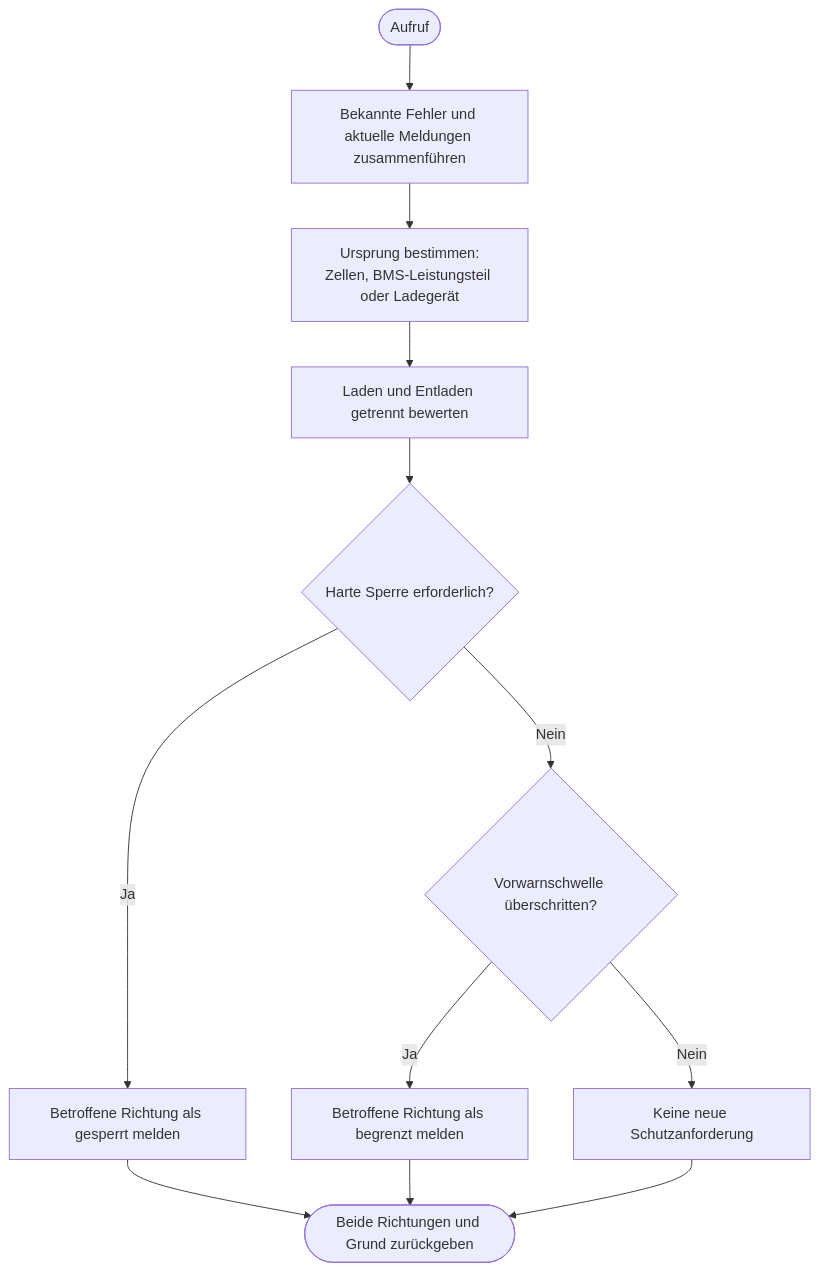
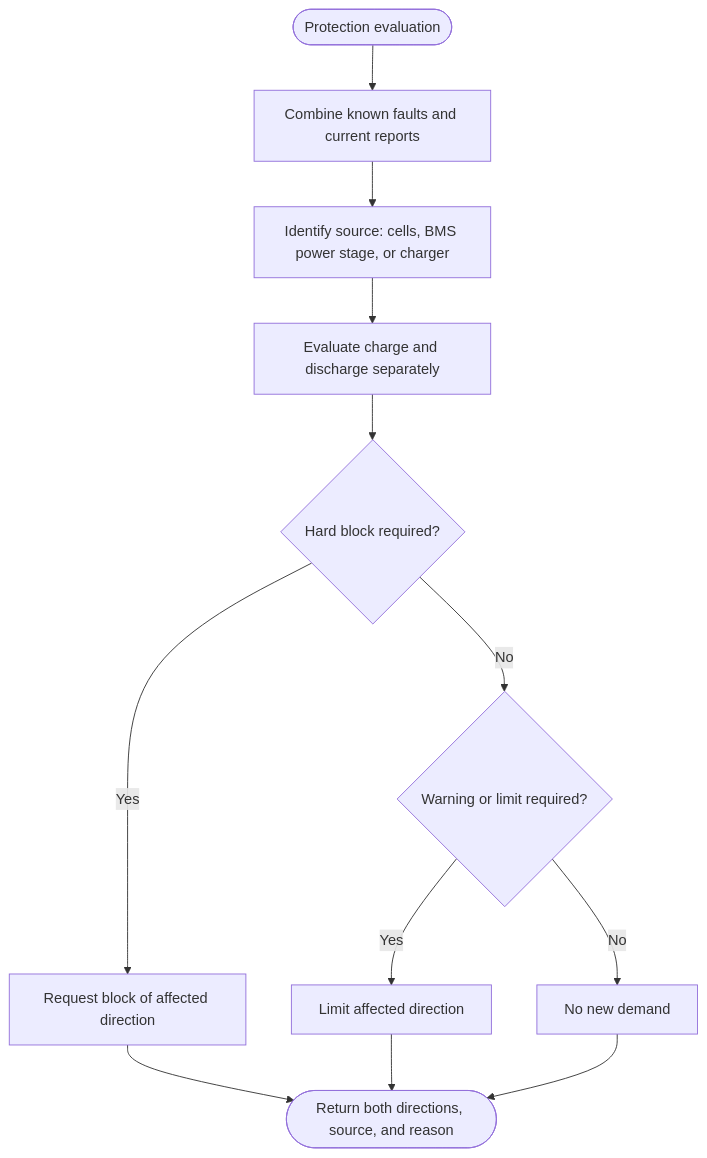
One commit to vitalyruhl/SolarBatteryTelemetry changed the diagram in docs/regelungsplannung/03-schutzpruefung.md. Above: the diagram before and after it, drawn with Mermaid. The commit also changed other lines of this file and 13 other files, not shown here.

````diff
--- a/docs/regelungsplannung/03-schutzpruefung.md
+++ b/docs/regelungsplannung/03-schutzpruefung.md
@@ -16,14 +18,14 @@
 ```mermaid
 flowchart TD
-    A([Aufruf]) --> B[Bekannte Fehler und aktuelle Meldungen zusammenführen]
-    B --> C[Ursprung bestimmen:<br/>Zellen, BMS-Leistungsteil oder Ladegerät]
-    C --> D[Laden und Entladen getrennt bewerten]
-    D --> E{Harte Sperre erforderlich?}
-    E -- Ja --> F[Betroffene Richtung als gesperrt melden]
-    E -- Nein --> G{Vorwarnschwelle überschritten?}
-    G -- Ja --> H[Betroffene Richtung als begrenzt melden]
-    G -- Nein --> I[Keine neue Schutzanforderung]
-    F --> J([Beide Richtungen und Grund zurückgeben])
-    H --> J
-    I --> J
+ A([Protection evaluation]) --> B[Combine known faults and current reports]
+ B --> C[Identify source: cells, BMS power stage, or charger]
+ C --> D[Evaluate charge and discharge separately]
+ D --> E{Hard block required?}
+ E -- Yes --> F[Request block of affected direction]
+ E -- No --> G{Warning or limit required?}
+ G -- Yes --> H[Limit affected direction]
+ G -- No --> I[No new demand]
+ F --> J([Return both directions, source, and reason])
+ H --> J
+ I --> J
 ```
````
